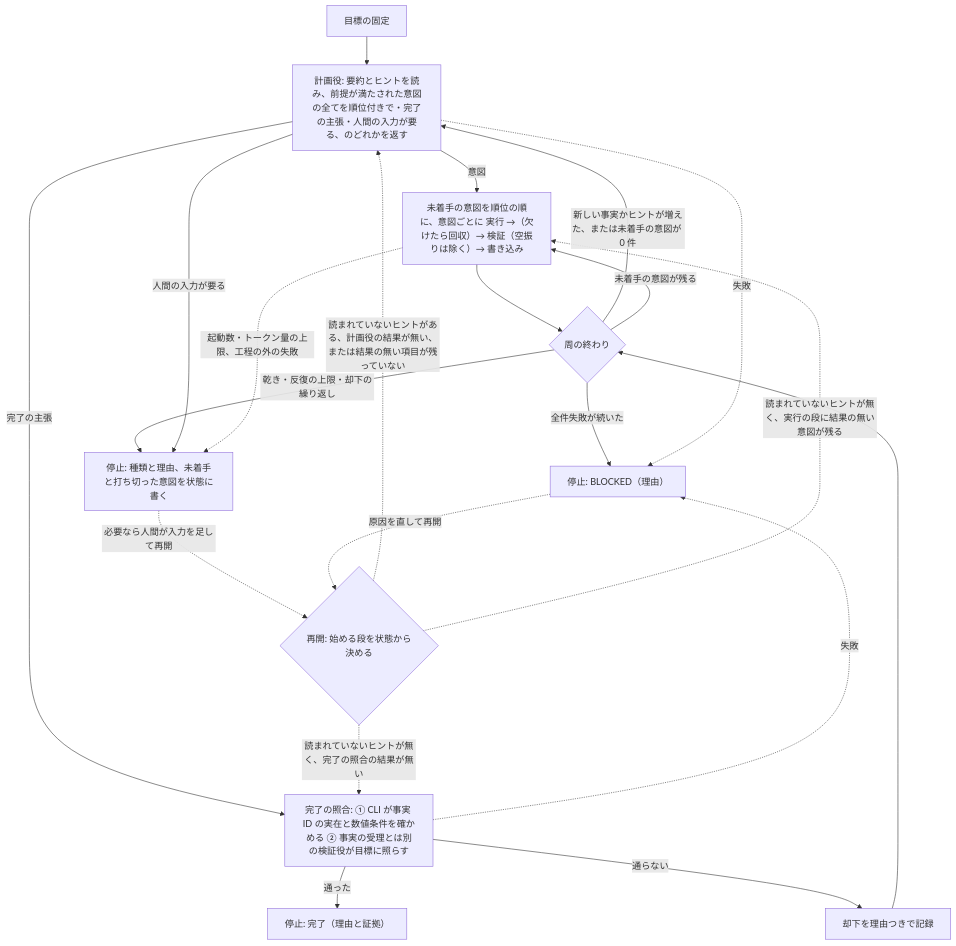
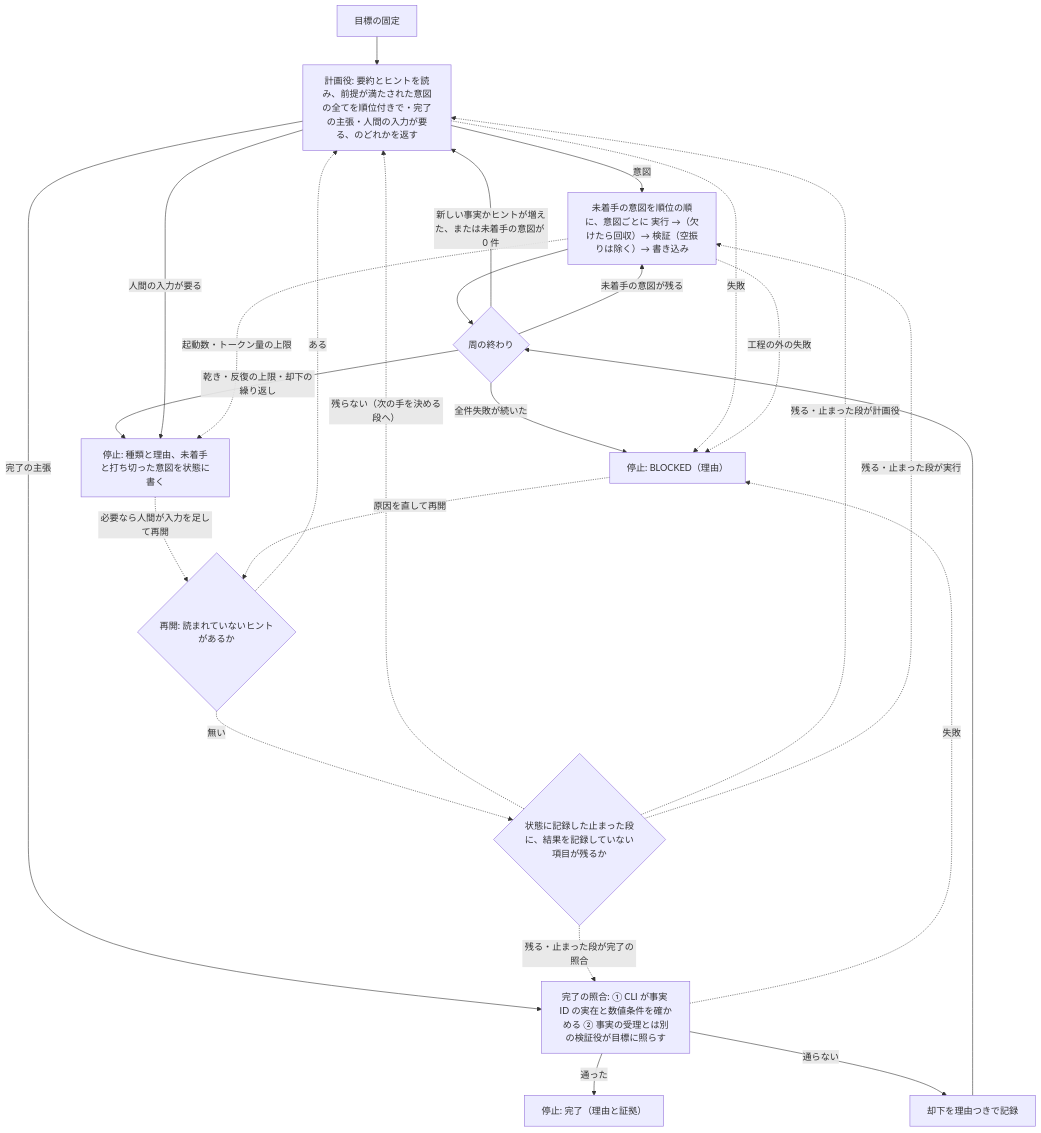
Before and after one commit to yoshiysh/claude-plugins: the third of 3 diagrams in docs/design/skill-design-patterns.md, drawn with Mermaid. The commit also changed other lines of this file and 2 other files, not shown here.

Commit message:
docs(design): 再開の辺を 184 行と同じ鍵で排他にし、止まった段を状態の記録項目に足す

````diff
--- a/docs/design/skill-design-patterns.md
+++ b/docs/design/skill-design-patterns.md
@@ -275,23 +275,27 @@
 ```mermaid
 flowchart TD
   A["目標の固定"] --> P["計画役: 要約とヒントを読み、前提が満たされた意図の全てを順位付きで・完了の主張・人間の入力が要る、のどれかを返す"]
   P -- 意図 --> X["未着手の意図を順位の順に、意図ごとに 実行 →（欠けたら回収）→ 検証（空振りは除く）→ 書き込み"]
   P -- 完了の主張 --> C["完了の照合: ① CLI が事実 ID の実在と数値条件を確かめる ② 事実の受理とは別の検証役が目標に照らす"]
   C -- 通った --> E["停止: 完了（理由と証拠）"]
   C -- 通らない --> RJ["却下を理由つきで記録"]
   RJ --> R
   X --> R{"周の終わり"}
   R -- "全件失敗が続いた" --> B["停止: BLOCKED（理由）"]
   R -- "乾き・反復の上限・却下の繰り返し" --> H["停止: 種類と理由、未着手と打ち切った意図を状態に書く"]
   R -- "新しい事実かヒントが増えた、または未着手の意図が 0 件" --> P
   R -- "未着手の意図が残る" --> X
   P -- 人間の入力が要る --> H
   P -. 失敗 .-> B
   C -. 失敗 .-> B
-  X -. "起動数・トークン量の上限、工程の外の失敗" .-> H
-  H -. "必要なら人間が入力を足して再開" .-> RS{"再開: 始める段を状態から決める"}
+  X -. "起動数・トークン量の上限" .-> H
+  X -. "工程の外の失敗" .-> B
+  H -. "必要なら人間が入力を足して再開" .-> RS{"再開: 読まれていないヒントがあるか"}
   B -. "原因を直して再開" .-> RS
-  RS -. "読まれていないヒントがある、計画役の結果が無い、または結果の無い項目が残っていない" .-> P
-  RS -. "読まれていないヒントが無く、実行の段に結果の無い意図が残る" .-> X
-  RS -. "読まれていないヒントが無く、完了の照合の結果が無い" .-> C
+  RS -. ある .-> P
+  RS -. 無い .-> RS2{"状態に記録した止まった段に、結果を記録していない項目が残るか"}
+  RS2 -. "残らない（次の手を決める段へ）" .-> P
+  RS2 -. "残る・止まった段が計画役" .-> P
+  RS2 -. "残る・止まった段が実行" .-> X
+  RS2 -. "残る・止まった段が完了の照合" .-> C
 ```
````
